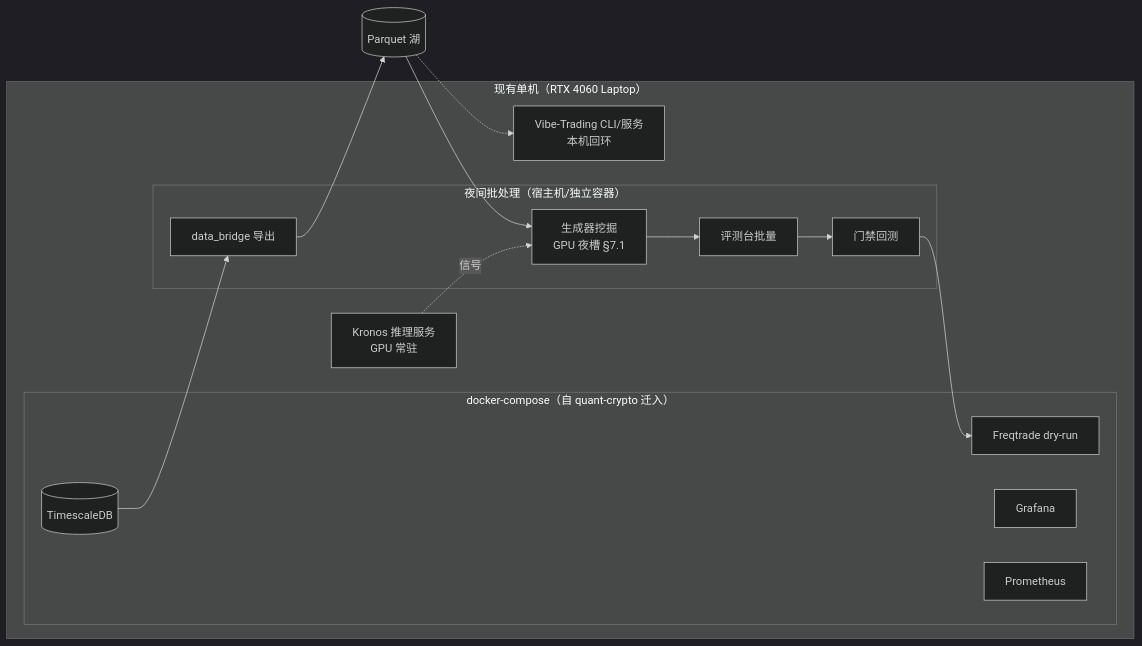
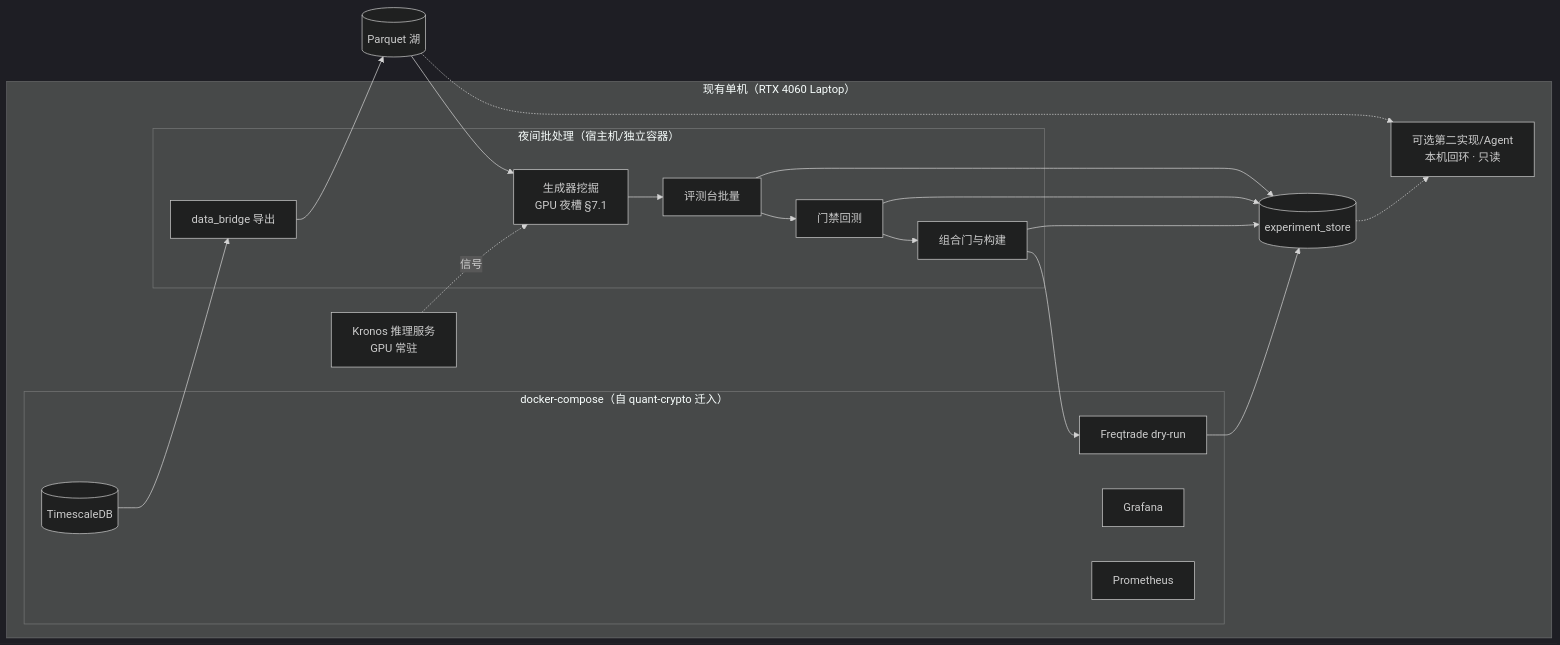
Before and after one commit to Qiaozhi94/alphamill: the third of 3 diagrams in docs/alphamill-architecture.md, drawn with Mermaid (dark theme). The commit also changed other lines of this file and 15 other files, not shown here.

````diff
--- a/docs/alphamill-architecture.md
+++ b/docs/alphamill-architecture.md
@@ -385,23 +386,30 @@
 ```mermaid
 flowchart LR
     subgraph HOST["现有单机（RTX 4060 Laptop）"]
         subgraph DOCKER["docker-compose（自 quant-crypto 迁入）"]
             TS[(TimescaleDB)]
             FTD[Freqtrade dry-run]
             GRAF[Grafana]
             PROM[Prometheus]
         end
         subgraph NIGHT["夜间批处理（宿主机/独立容器）"]
             EXPORT[data_bridge 导出]
             MINE[生成器挖掘<br/>GPU 夜槽 §7.1]
             BENCHX[评测台批量]
             GATES[门禁回测]
+            PORT[组合门与构建]
         end
-        VBT[Vibe-Trading CLI/服务<br/>本机回环]
+        AGENT[可选第二实现/Agent<br/>本机回环 · 只读]
+        LEDGER[(experiment_store)]
         KRN[Kronos 推理服务<br/>GPU 常驻]
     end
     TS --> EXPORT --> LAKE[(Parquet 湖)]
-    LAKE --> MINE --> BENCHX --> GATES --> FTD
-    LAKE -.-> VBT
+    LAKE --> MINE --> BENCHX --> GATES --> PORT --> FTD
+    LAKE -.-> AGENT
+    BENCHX --> LEDGER
+    GATES --> LEDGER
+    PORT --> LEDGER
+    FTD --> LEDGER
+    LEDGER -.-> AGENT
     KRN -.->|信号| MINE
 ```
````
